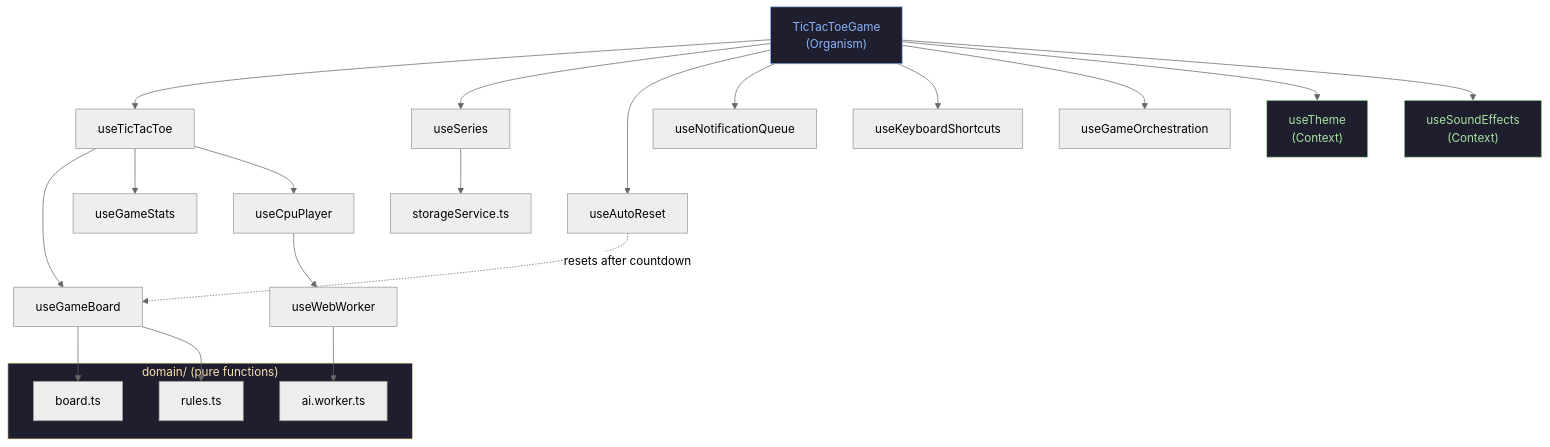
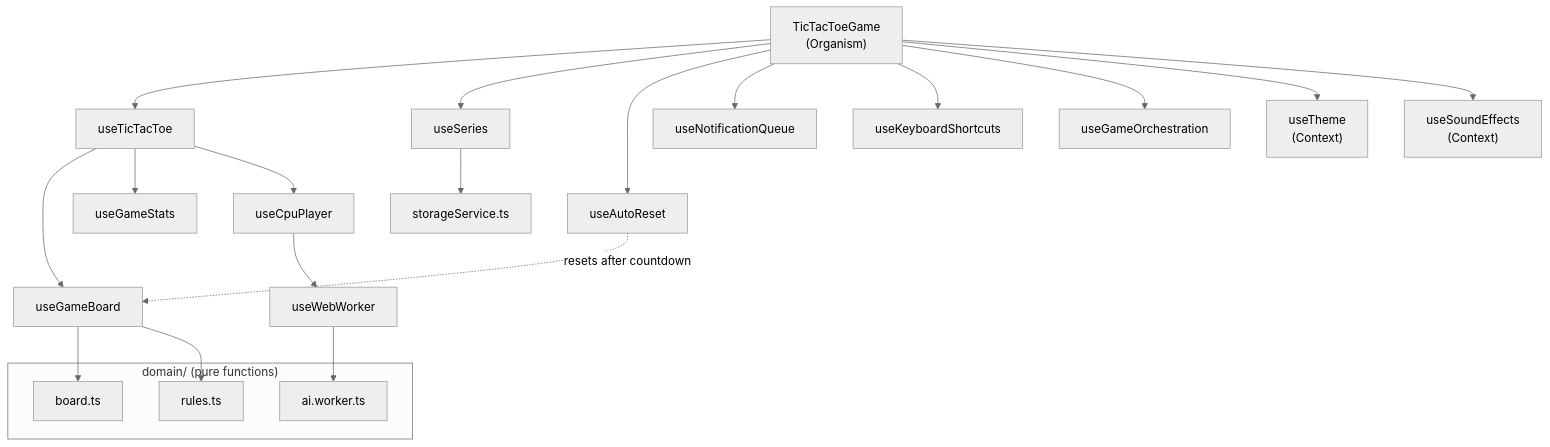
One commit to scottdreinhart/tictactoe changed the second of 9 diagrams in README.md. Above: the diagram before and after it, drawn with Mermaid (neutral theme). The commit also changed other lines of this file and 10 other files, not shown here.

Commit message:
style: remove gradients and diagram color overrides

````diff
--- a/README.md
+++ b/README.md
@@ -403,36 +397,31 @@
 ```mermaid
 graph TD
   TicTacToeGame["TicTacToeGame\n(Organism)"]
 
   TicTacToeGame --> useTicTacToe
   TicTacToeGame --> useSeries
   TicTacToeGame --> useAutoReset
   TicTacToeGame --> useNotificationQueue
   TicTacToeGame --> useKeyboardShortcuts
   TicTacToeGame --> useGameOrchestration
   TicTacToeGame --> useTheme["useTheme\n(Context)"]
   TicTacToeGame --> useSoundEffects["useSoundEffects\n(Context)"]
 
   useTicTacToe --> useGameBoard
   useTicTacToe --> useGameStats
   useTicTacToe --> useCpuPlayer
 
   useGameBoard --> board_ts["board.ts"]
   useGameBoard --> rules_ts["rules.ts"]
   useCpuPlayer --> useWebWorker
   useWebWorker --> ai_worker["ai.worker.ts"]
 
   useSeries --> storageService["storageService.ts"]
   useAutoReset -.->|resets after countdown| useGameBoard
 
   subgraph Domain["domain/ (pure functions)"]
     board_ts
     rules_ts
     ai_worker
   end
-
-  style TicTacToeGame fill:#1e1e2e,color:#89b4fa,stroke:#89b4fa
-  style Domain fill:#1e1e2e,color:#f9e2af,stroke:#f9e2af
-  style useTheme fill:#1e1e2e,color:#a6e3a1,stroke:#a6e3a1
-  style useSoundEffects fill:#1e1e2e,color:#a6e3a1,stroke:#a6e3a1
 ```
````
